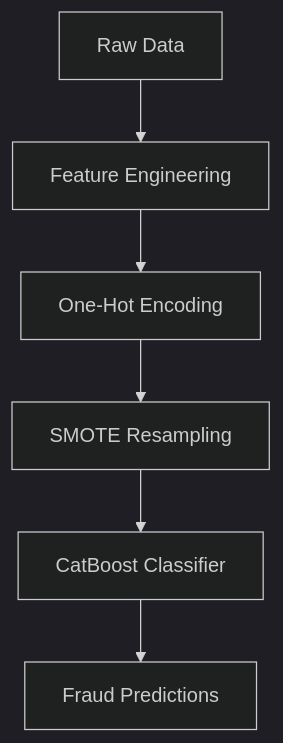
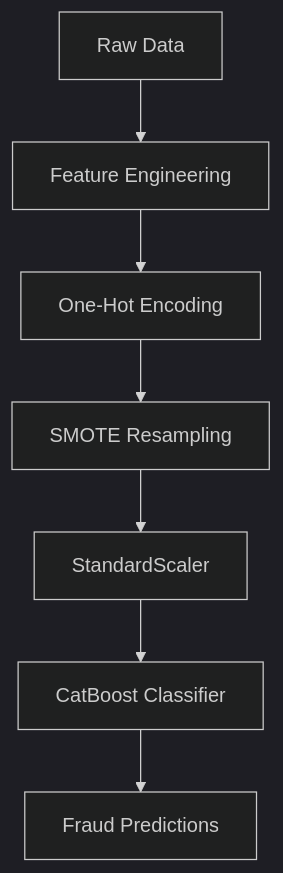
The diagram in README.md (Naman-Agrawal19/Real-Time-Payment-Fraud-Detection-System), drawn with Mermaid (dark theme) before and after one commit. The commit also changed other lines of this file, not shown here.

````diff
--- a/README.md
+++ b/README.md
@@ -81,8 +79,9 @@
 ```mermaid
 graph TD
     A[Raw Data] --> B[Feature Engineering]
     B --> C[One-Hot Encoding]
     C --> D[SMOTE Resampling]
-    D --> E[CatBoost Classifier]
-    E --> F[Fraud Predictions]
+    D --> E[StandardScaler]
+    E -->F[CatBoost Classifier]
+    F --> G[Fraud Predictions]
 ```
````
